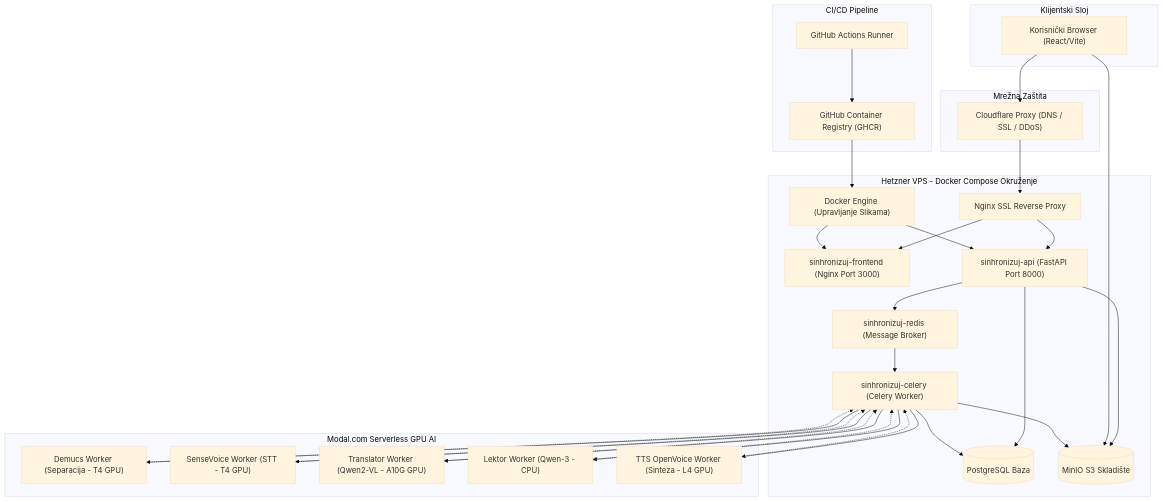
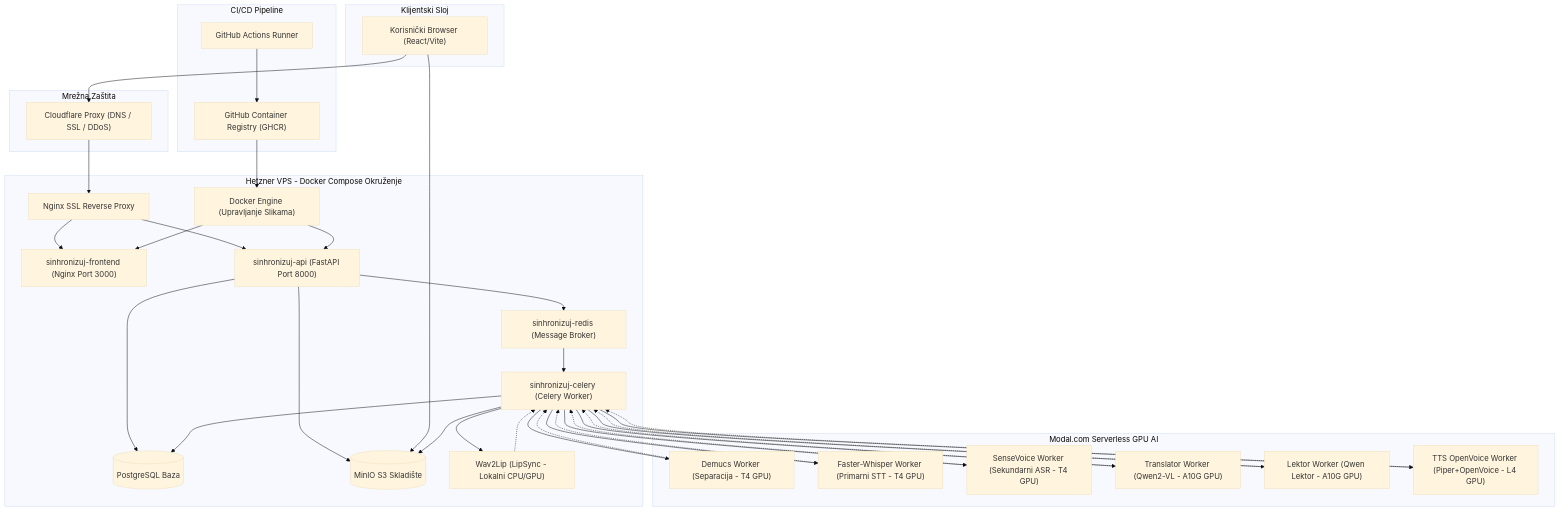
The diagram in README.md (Gruya13/sinhronizuj.me), drawn with Mermaid (base theme) before and after one commit. The commit also changed other lines of this file and 8 other files, not shown here.

````diff
--- a/README.md
+++ b/README.md
@@ -30,69 +31,75 @@
 ```mermaid
 flowchart TD
     subgraph Klijent ["Klijentski Sloj"]
         Browser["Korisnički Browser (React/Vite)"]
     end
 
     subgraph CF ["Mrežna Zaštita"]
         Cloudflare["Cloudflare Proxy (DNS / SSL / DDoS)"]
     end
 
     subgraph HetznerVPS ["Hetzner VPS - Docker Compose Okruženje"]
         NginxProxy["Nginx SSL Reverse Proxy"]
         Frontend["sinhronizuj-frontend (Nginx Port 3000)"]
         API["sinhronizuj-api (FastAPI Port 8000)"]
         Celery["sinhronizuj-celery (Celery Worker)"]
         Redis["sinhronizuj-redis (Message Broker)"]
         Postgres[(PostgreSQL Baza)]
         MinIO[(MinIO S3 Skladište)]
+        Wav2Lip["Wav2Lip (LipSync - Lokalni CPU/GPU)"]
         DockerDaemon["Docker Engine (Upravljanje Slikama)"]
     end
 
     subgraph ModalCloud ["Modal.com Serverless GPU AI"]
         Demucs["Demucs Worker (Separacija - T4 GPU)"]
-        SenseVoice["SenseVoice Worker (STT - T4 GPU)"]
+        STT["Faster-Whisper Worker (Primarni STT - T4 GPU)"]
+        SenseVoice["SenseVoice Worker (Sekundarni ASR - T4 GPU)"]
         Translator["Translator Worker (Qwen2-VL - A10G GPU)"]
-        Lektor["Lektor Worker (Qwen-3 - CPU)"]
-        TTS["TTS OpenVoice Worker (Sinteza - L4 GPU)"]
+        Lektor["Lektor Worker (Qwen Lektor - A10G GPU)"]
+        TTS["TTS OpenVoice Worker (Piper+OpenVoice - L4 GPU)"]
     end
 
     subgraph GitHubFlow ["CI/CD Pipeline"]
         GHActions["GitHub Actions Runner"]
         GHCR["GitHub Container Registry (GHCR)"]
     end
 
     %% Klijentske veze
     Browser --> Cloudflare
     Cloudflare --> NginxProxy
     NginxProxy --> Frontend
     NginxProxy --> API
 
     %% API veze
     API --> Postgres
     API --> MinIO
     Browser --> MinIO
     API --> Redis
     Redis --> Celery
 
-    %% Celery radnik i Modal veze
+    %% Celery radnik i Modal/Lokalne veze
     Celery --> Demucs
+    Celery --> STT
     Celery --> SenseVoice
     Celery --> Translator
     Celery --> Lektor
     Celery --> TTS
+    Celery --> Wav2Lip
 
     Demucs -.-> Celery
+    STT -.-> Celery
     SenseVoice -.-> Celery
     Translator -.-> Celery
     Lektor -.-> Celery
     TTS -.-> Celery
+    Wav2Lip -.-> Celery
 
     Celery --> MinIO
     Celery --> Postgres
 
     %% CI/CD Tok
     GHActions --> GHCR
     GHCR --> DockerDaemon
     DockerDaemon --> Frontend
     DockerDaemon --> API
 ```
````
